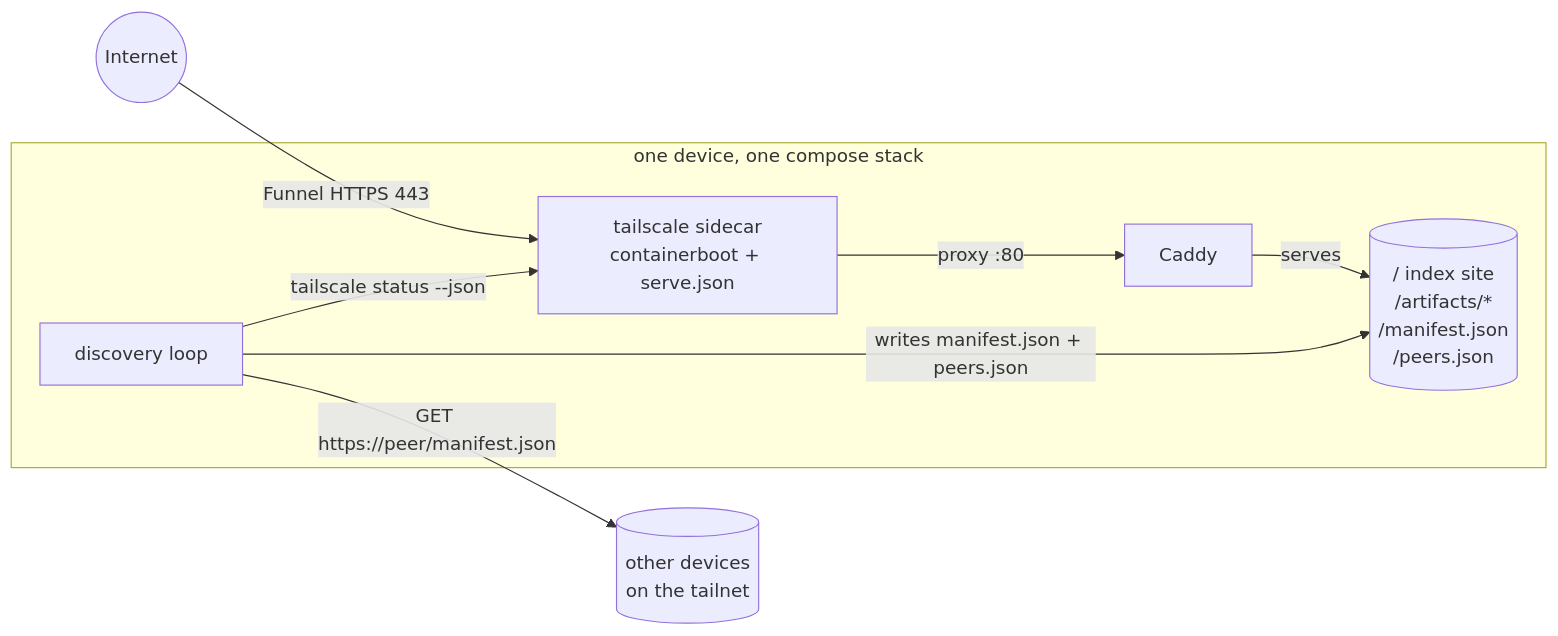
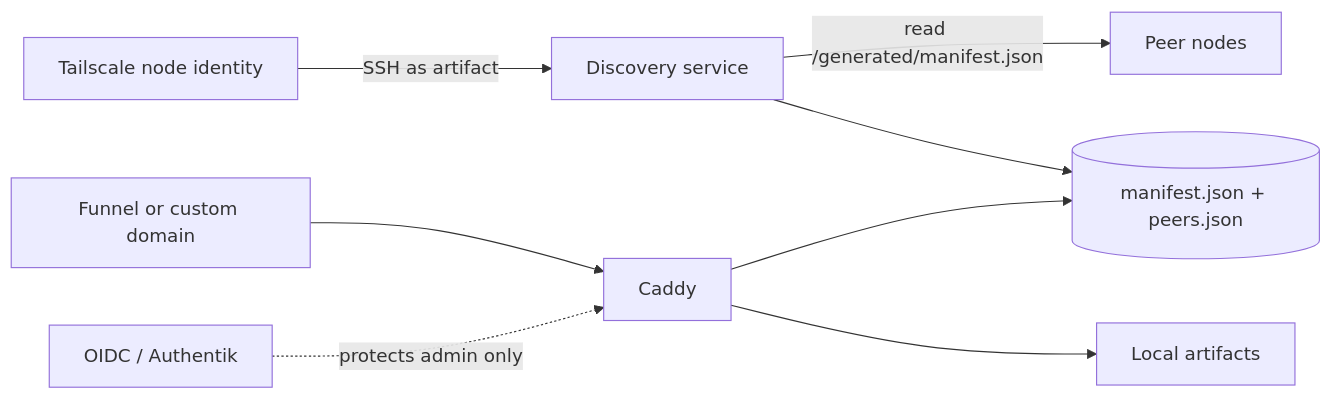
One commit to C-Nucifora/artifact-platform changed the diagram in README.md. Above: the diagram before and after it, drawn with Mermaid. The commit also changed other lines of this file and 6 other files, not shown here.

````diff
--- a/README.md
+++ b/README.md
@@ -32,13 +30,10 @@
 ```mermaid
 flowchart LR
-    internet((Internet)) -->|Funnel HTTPS 443| ts
-
-    subgraph device [one device, one compose stack]
-        ts[tailscale sidecar\ncontainerboot + serve.json] -->|proxy :80| caddy[Caddy]
-        caddy -->|serves| files[("/ index site\n/artifacts/*\n/manifest.json\n/peers.json")]
-        disco[discovery loop] -->|writes manifest.json + peers.json| files
-        disco -->|tailscale status --json| ts
-    end
-
-    disco -->|GET https://peer/manifest.json| peers[(other devices\non the tailnet)]
+    TS[Tailscale node identity] -->|SSH as artifact| D[Discovery service]
+    D -->|read /generated/manifest.json| P[Peer nodes]
+    D --> M[(manifest.json + peers.json)]
+    C[Caddy] --> M
+    C --> A[Local artifacts]
+    F[Funnel or custom domain] --> C
+    O[OIDC / Authentik] -. protects admin only .-> C
 ```
````
